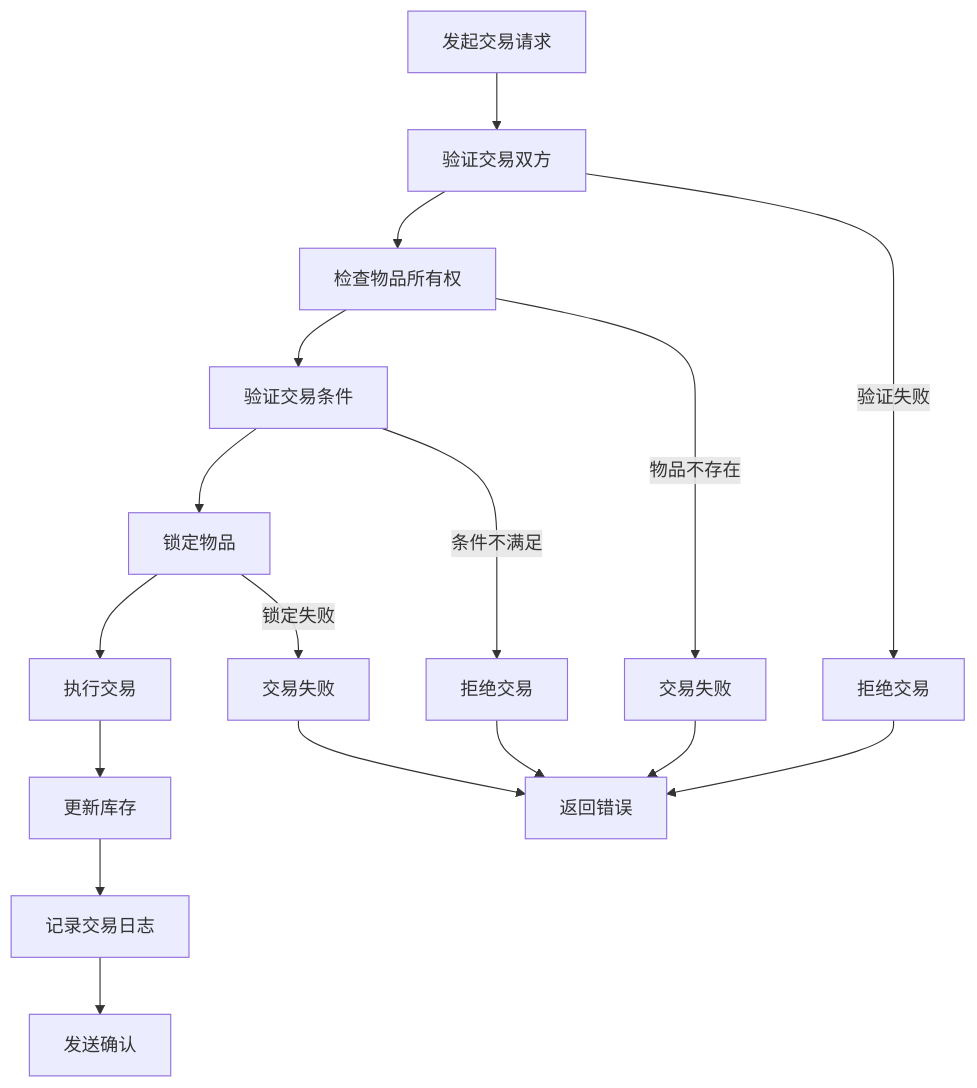
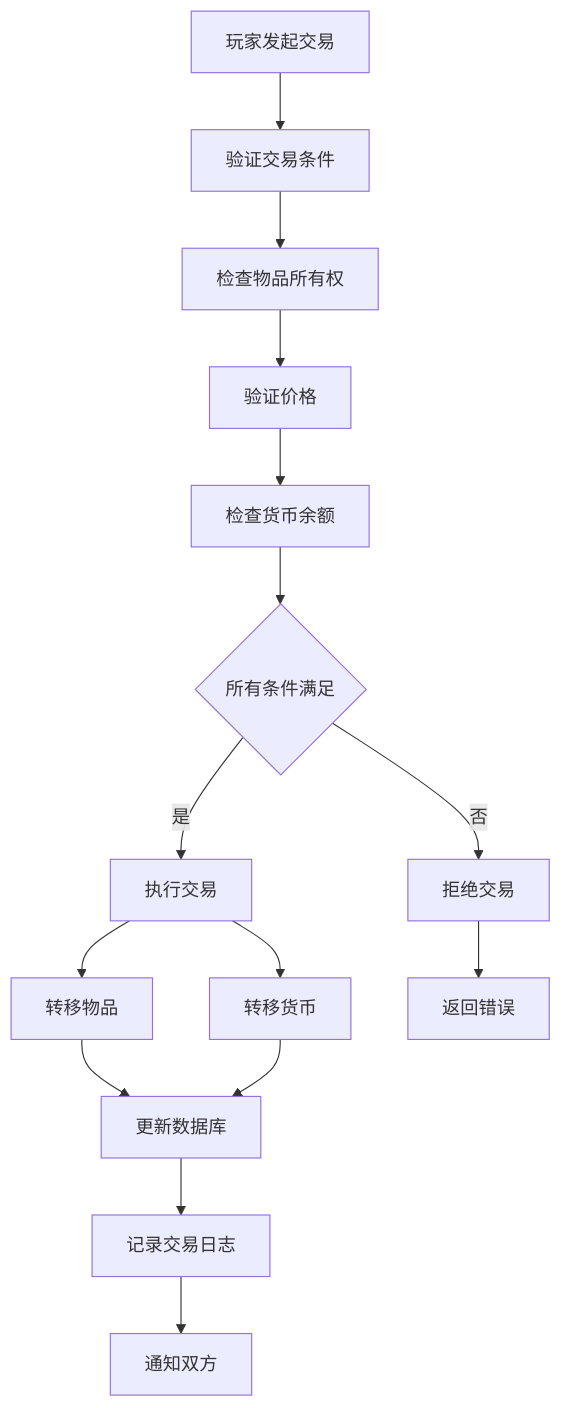
Before and after one commit to martin-ly/rust-lang: the third of 3 diagrams in docs/industry_domains/game_development/business_modeling.md, drawn with Mermaid. The commit also changed other lines of this file and 2 other files, not shown here.

````diff
--- a/docs/industry_domains/game_development/business_modeling.md
+++ b/docs/industry_domains/game_development/business_modeling.md
@@ -673,21 +522,17 @@
 ```mermaid
 graph TD
-    A[发起交易请求] --> B[验证交易双方]
+    A[玩家发起交易] --> B[验证交易条件]
     B --> C[检查物品所有权]
-    C --> D[验证交易条件]
-    D --> E[锁定物品]
-    E --> F[执行交易]
-    F --> G[更新库存]
-    G --> H[记录交易日志]
-    H --> I[发送确认]
-    
-    B -->|验证失败| J[拒绝交易]
-    C -->|物品不存在| K[交易失败]
-    D -->|条件不满足| L[拒绝交易]
-    E -->|锁定失败| M[交易失败]
-    
-    J --> N[返回错误]
-    K --> N
-    L --> N
-    M --> N
+    C --> D[验证价格]
+    D --> E[检查货币余额]
+    E --> F{所有条件满足}
+    F -->|是| G[执行交易]
+    F -->|否| H[拒绝交易]
+    G --> I[转移物品]
+    G --> J[转移货币]
+    I --> K[更新数据库]
+    J --> K
+    K --> L[记录交易日志]
+    L --> M[通知双方]
+    H --> N[返回错误]
 ```
````
